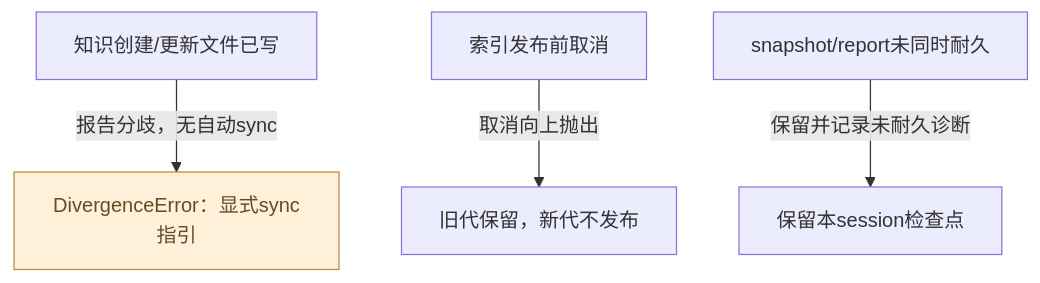
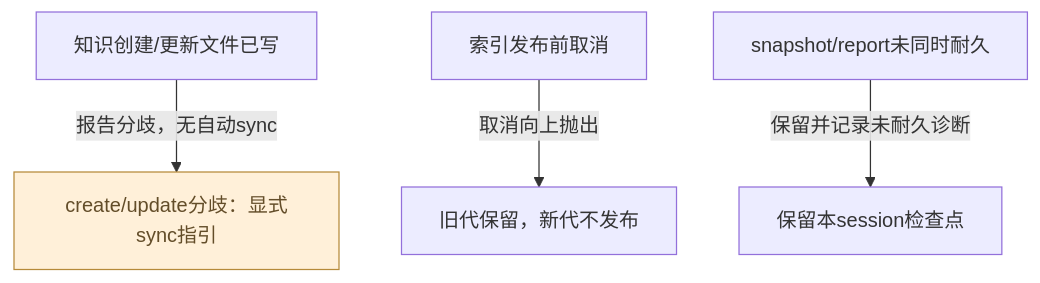
Before and after one commit to GxFn/AlembicCore: the second of 3 diagrams in alembic-core-architecture-atlas/maps/01-overall-package-boundaries/README.md, drawn with Mermaid. The commit also changed other lines of this file and 60 other files, not shown here.

````diff
--- a/alembic-core-architecture-atlas/maps/01-overall-package-boundaries/README.md
+++ b/alembic-core-architecture-atlas/maps/01-overall-package-boundaries/README.md
@@ -730,19 +730,19 @@
 ```mermaid
 flowchart TD
 accTitle: 不同持久化owner的失败去向
 accDescr: 三个独立组件并排展示；箭头表达各自实现的失败状态，不表示存在一个自动跨模块恢复器。
 n0["知识创建/更新文件已写"]
-n1["DivergenceError：显式sync指引"]
+n1["create/update分歧：显式sync指引"]
 n2["索引发布前取消"]
 n3["旧代保留，新代不发布"]
 n4["snapshot/report未同时耐久"]
 n5["保留本session检查点"]
 n0 e0@-->|"报告分歧，无自动sync"| n1
 n2 e1@-->|"取消向上抛出"| n3
 n4 e2@-->|"保留并记录未耐久诊断"| n5
 classDef entry fill:#e1f1ed,stroke:#44796b,color:#173d33
 classDef host fill:#eef0f8,stroke:#7a85a3,color:#303c5c
 classDef store fill:#e5eff7,stroke:#7596b2,color:#243e54
 classDef error fill:#fff0d9,stroke:#b68a3a,color:#634d29
 class n1 error
 ```
````
